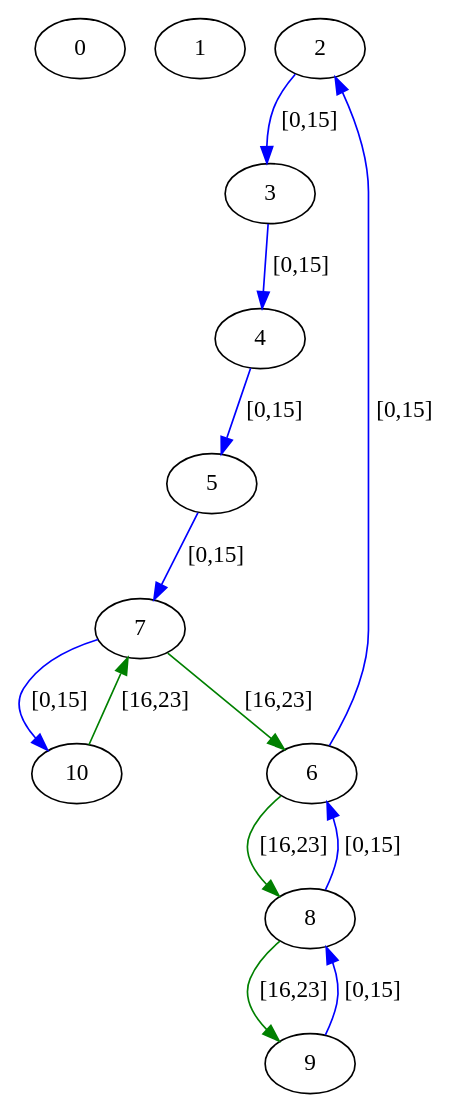
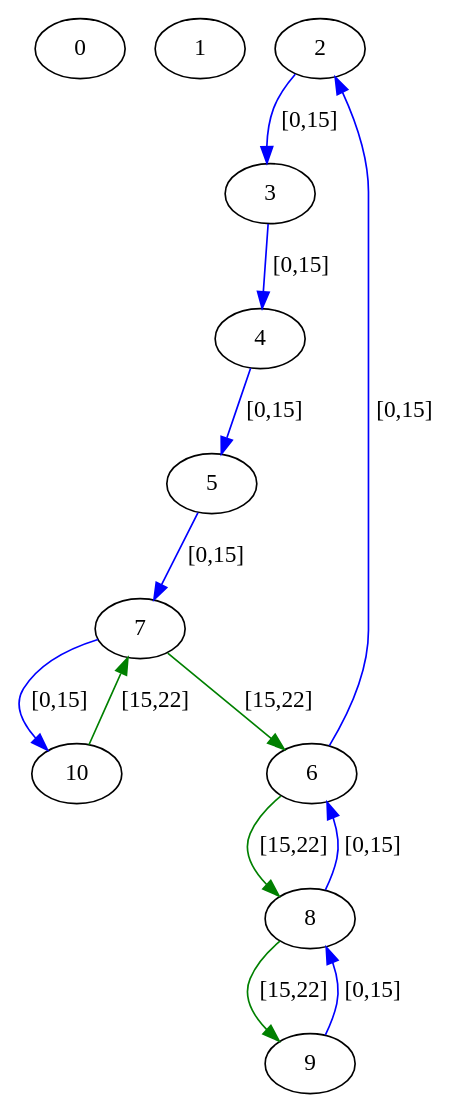
Before and after one commit to Hebbe1234/ExpectAll: the diagram in src/assignedGraphs/assigned.dot, drawn with Graphviz. The commit also changed 5 other files, not shown here.

```diff
--- a/src/assignedGraphs/assigned.dot
+++ b/src/assignedGraphs/assigned.dot
@@ -1,25 +1,25 @@
 digraph  {
 0 [label=0];
 1 [label=1];
 2 [label=2];
 3 [label=3];
 4 [label=4];
 5 [label=5];
 6 [label=6];
 7 [label=7];
 8 [label=8];
 9 [label=9];
 10 [label=10];
 2 -> 3  [color=blue, key=0, label="[0,15]"];
 3 -> 4  [color=blue, key=0, label="[0,15]"];
 4 -> 5  [color=blue, key=0, label="[0,15]"];
 5 -> 7  [color=blue, key=0, label="[0,15]"];
 6 -> 2  [color=blue, key=0, label="[0,15]"];
-6 -> 8  [color=green, key=0, label="[16,23]"];
+6 -> 8  [color=green, key=0, label="[15,22]"];
 7 -> 10  [color=blue, key=0, label="[0,15]"];
-7 -> 6  [color=green, key=0, label="[16,23]"];
+7 -> 6  [color=green, key=0, label="[15,22]"];
 8 -> 6  [color=blue, key=0, label="[0,15]"];
-8 -> 9  [color=green, key=0, label="[16,23]"];
+8 -> 9  [color=green, key=0, label="[15,22]"];
 9 -> 8  [color=blue, key=0, label="[0,15]"];
-10 -> 7  [color=green, key=0, label="[16,23]"];
+10 -> 7  [color=green, key=0, label="[15,22]"];
 }
```
